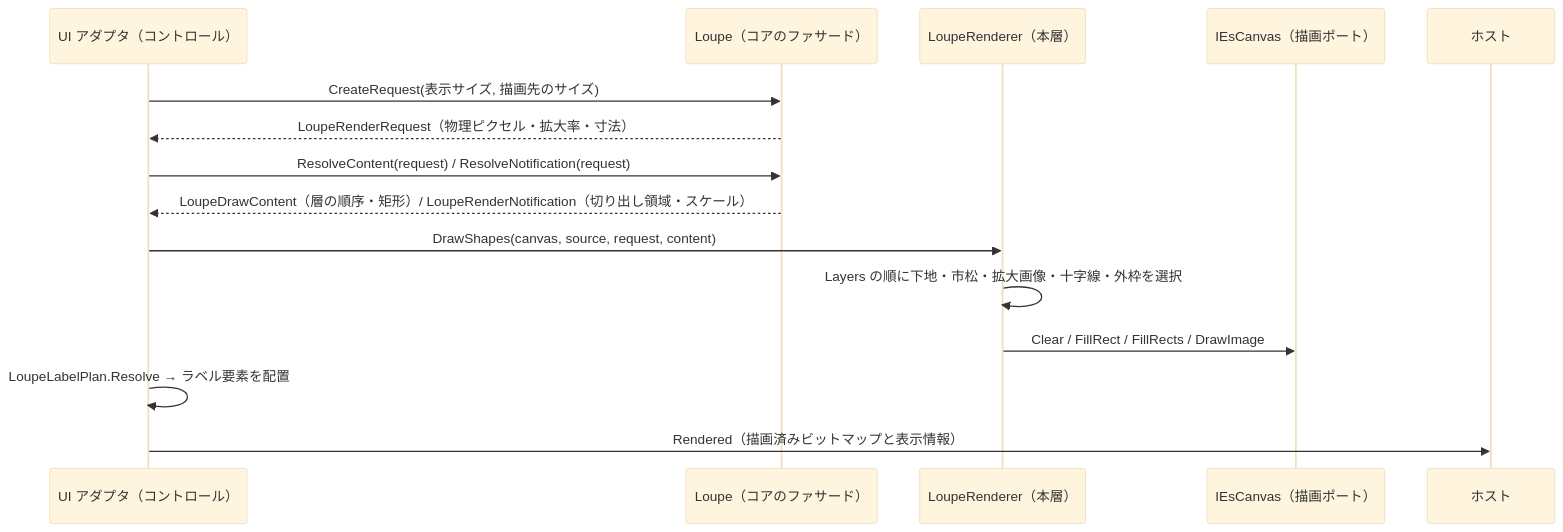
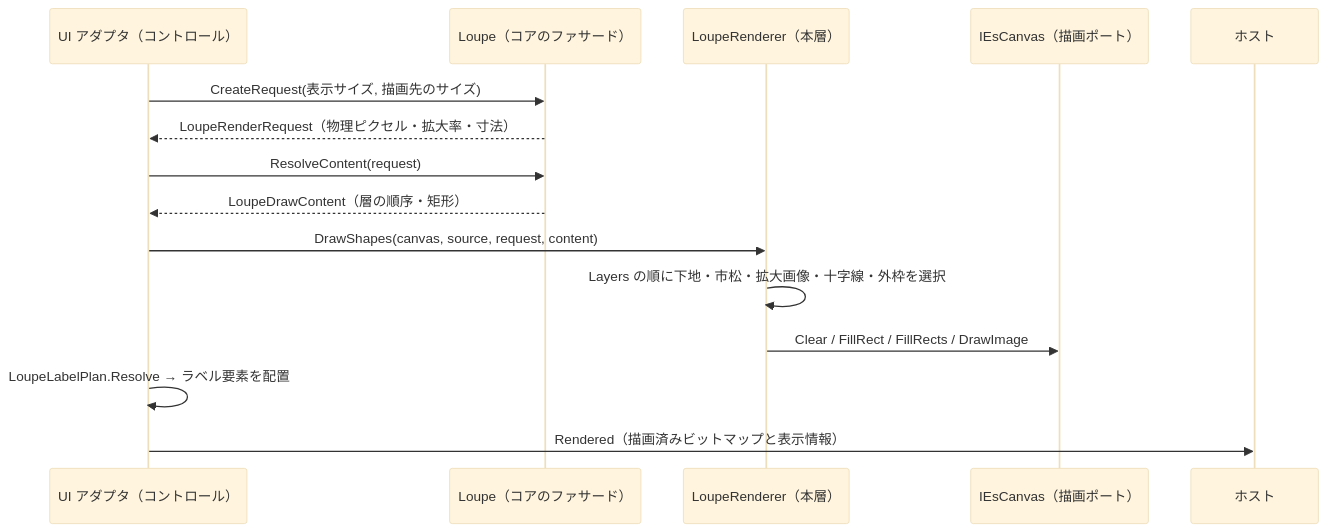
The first of 3 diagrams in src/LoupeControl.UIBase/SPEC_System.md (tomokuni/SaveEvidence), drawn with Mermaid (base theme) before and after one commit. The commit also changed other lines of this file and 57 other files, not shown here.

````diff
--- a/src/LoupeControl.UIBase/SPEC_System.md
+++ b/src/LoupeControl.UIBase/SPEC_System.md
@@ -54,18 +54,18 @@
 ```mermaid
 sequenceDiagram
     participant UI as UI アダプタ（コントロール）
     participant L as Loupe（コアのファサード）
     participant R as LoupeRenderer（本層）
     participant C as IEsCanvas（描画ポート）
     participant H as ホスト
 
     UI->>L: CreateRequest(表示サイズ, 描画先のサイズ)
     L-->>UI: LoupeRenderRequest（物理ピクセル・拡大率・寸法）
-    UI->>L: ResolveContent(request) / ResolveNotification(request)
-    L-->>UI: LoupeDrawContent（層の順序・矩形）/ LoupeRenderNotification（切り出し領域・スケール）
+    UI->>L: ResolveContent(request)
+    L-->>UI: LoupeDrawContent（層の順序・矩形）
     UI->>R: DrawShapes(canvas, source, request, content)
     R->>R: Layers の順に下地・市松・拡大画像・十字線・外枠を選択
     R->>C: Clear / FillRect / FillRects / DrawImage
     UI->>UI: LoupeLabelPlan.Resolve → ラベル要素を配置
     UI->>H: Rendered（描画済みビットマップと表示情報）
 ```
````
